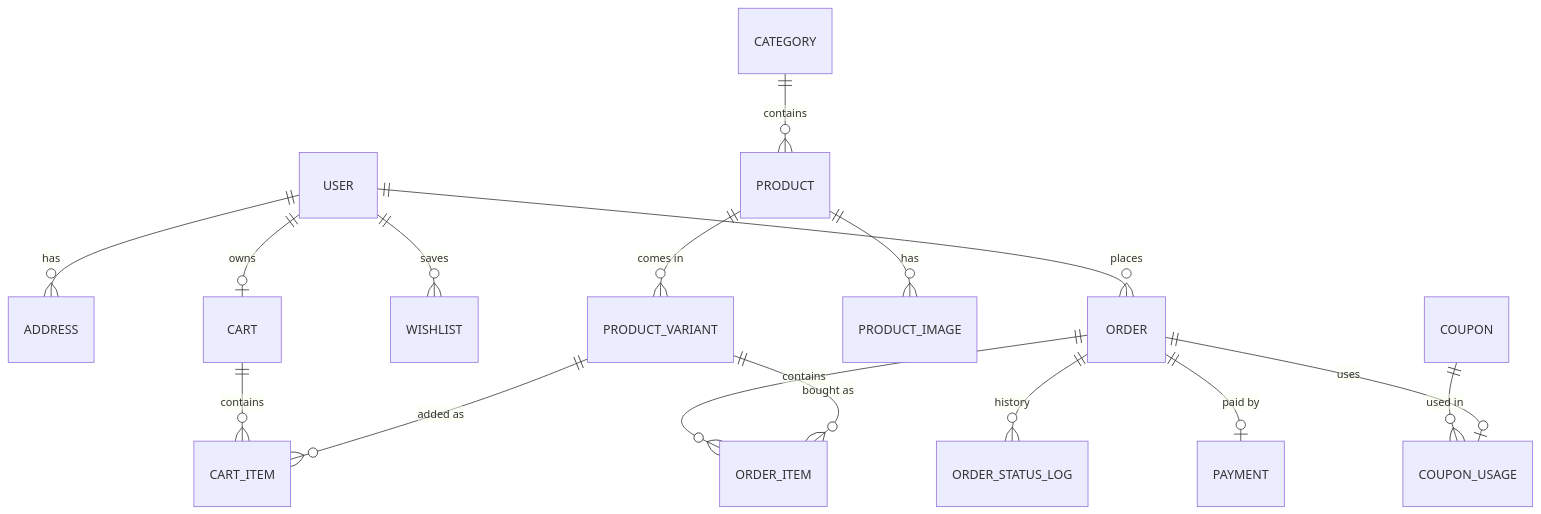
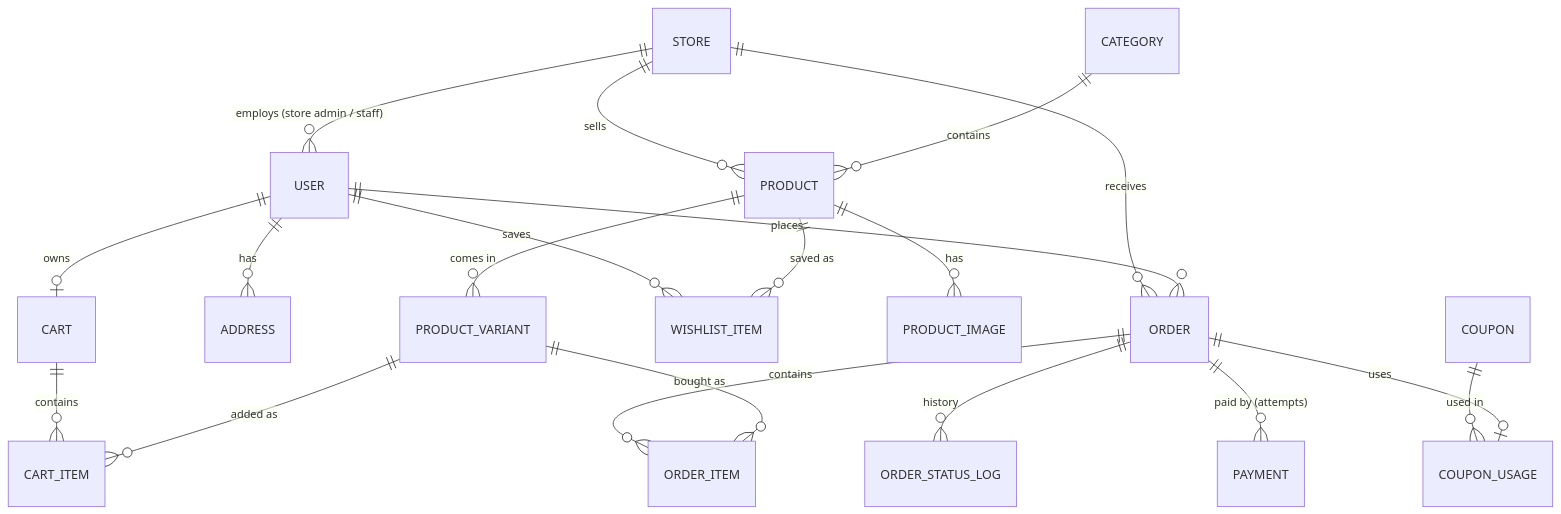
Before and after one commit to sindhujatamilarasan/Buy_Pilot_Ecommerce: the diagram in docs/database-design.md, drawn with Mermaid. The commit also changed other lines of this file and 13 other files, not shown here.

First line of the commit message:
docs: screenshots, up-to-date database design and schema with stores

````diff
--- a/docs/database-design.md
+++ b/docs/database-design.md
@@ -9,18 +10,22 @@
 ```mermaid
 erDiagram
+    STORE ||--o{ USER : "employs (store admin / staff)"
+    STORE ||--o{ PRODUCT : sells
+    STORE ||--o{ ORDER : receives
     USER ||--o{ ADDRESS : has
     USER ||--o| CART : owns
-    USER ||--o{ WISHLIST : saves
+    USER ||--o{ WISHLIST_ITEM : saves
     USER ||--o{ ORDER : places
     CATEGORY ||--o{ PRODUCT : contains
     PRODUCT ||--o{ PRODUCT_IMAGE : has
     PRODUCT ||--o{ PRODUCT_VARIANT : "comes in"
+    PRODUCT ||--o{ WISHLIST_ITEM : "saved as"
     CART ||--o{ CART_ITEM : contains
     PRODUCT_VARIANT ||--o{ CART_ITEM : "added as"
     ORDER ||--o{ ORDER_ITEM : contains
     PRODUCT_VARIANT ||--o{ ORDER_ITEM : "bought as"
-    ORDER ||--o{ ORDER_STATUS_LOG : "history"
-    ORDER ||--o| PAYMENT : "paid by"
+    ORDER ||--o{ ORDER_STATUS_LOG : history
+    ORDER ||--o{ PAYMENT : "paid by (attempts)"
     COUPON ||--o{ COUPON_USAGE : "used in"
     ORDER ||--o| COUPON_USAGE : uses
 ```
````
